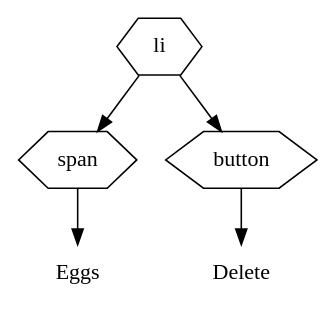
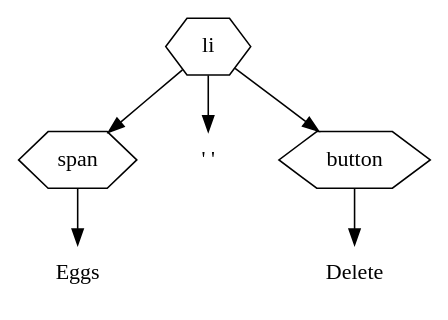
One commit to nikclayton/web-courseware changed the first of 6 diagrams in courseware/week2/shopping/shopping.org. Above: the diagram before and after it, drawn with Graphviz. The commit also changed other lines of this file, not shown here.

First line of the commit message:
Add an explicit space to the DOM tree diagram.

```diff
--- a/courseware/week2/shopping/shopping.org
+++ b/courseware/week2/shopping/shopping.org
@@ -710,13 +710,15 @@
 #+BEGIN_SRC dot :file list-item-graph.svg :cmdline -Tsvg -Gstylesheet=../../graphviz.css
 digraph G {
   node [shape="hexagon"];
 
-  li -> span
-  li -> button
+  li -> span;
+  li -> space;
+  li -> button;
 
   span -> span_content;
   span_content [label="Eggs" shape=none];
+  space [label="' '" shape=none];
   button -> button_content;
   button_content [label="Delete" shape=none];
 }
 #+END_SRC
```
